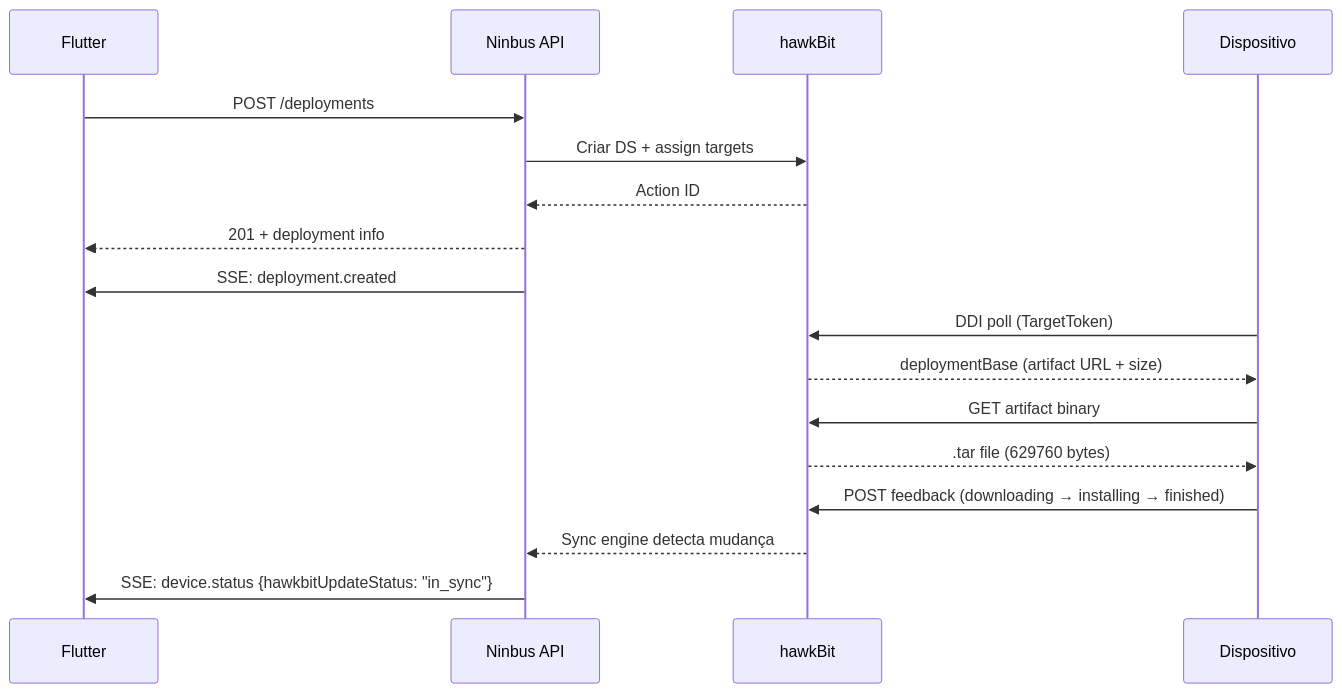
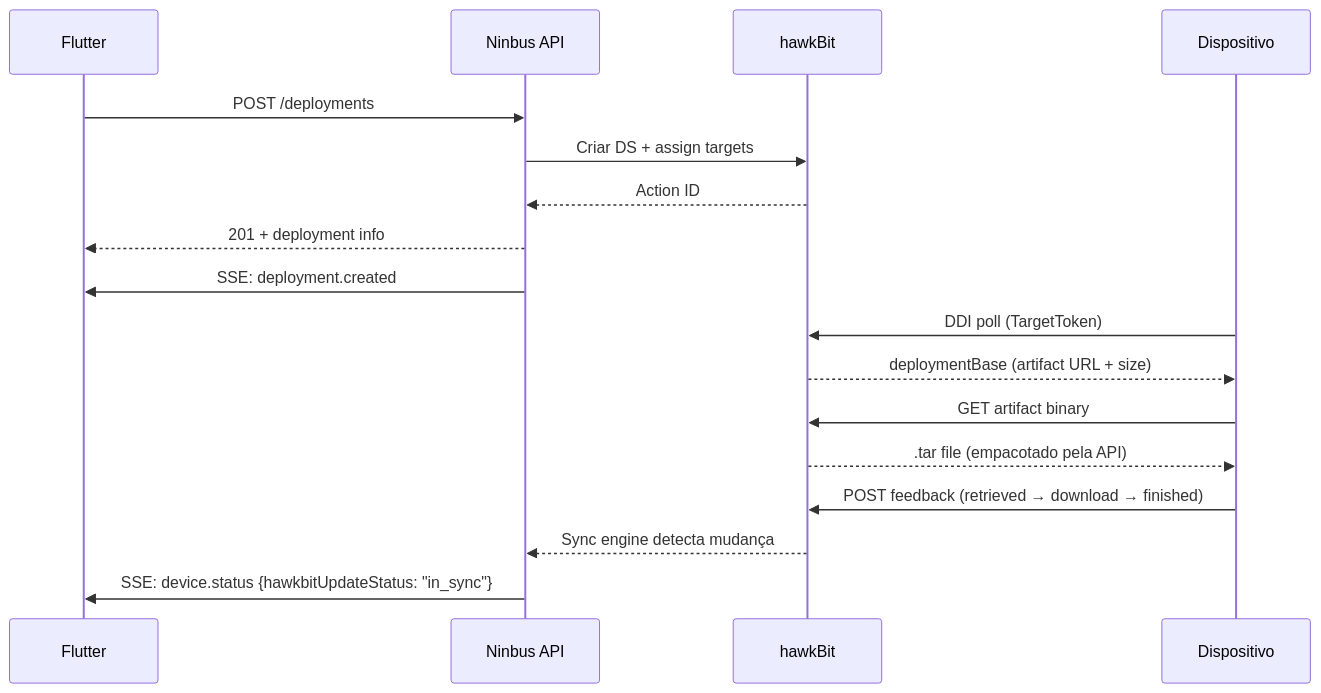
One commit to frt-tecnologia/Ninbus-api changed the third of 6 diagrams in README.md. Above: the diagram before and after it, drawn with Mermaid. The commit also changed other lines of this file and 6 other files, not shown here.

````diff
--- a/README.md
+++ b/README.md
@@ -217,23 +247,23 @@
 ```mermaid
 sequenceDiagram
     participant F as Flutter
     participant A as Ninbus API
     participant H as hawkBit
     participant D as Dispositivo
 
     F->>A: POST /deployments
     A->>H: Criar DS + assign targets
     H-->>A: Action ID
     A-->>F: 201 + deployment info
     A->>F: SSE: deployment.created
 
     D->>H: DDI poll (TargetToken)
     H-->>D: deploymentBase (artifact URL + size)
 
     D->>H: GET artifact binary
-    H-->>D: .tar file (629760 bytes)
+    H-->>D: .tar file (empacotado pela API)
 
-    D->>H: POST feedback (downloading → installing → finished)
+    D->>H: POST feedback (retrieved → download → finished)
     H-->>A: Sync engine detecta mudança
     A->>F: SSE: device.status {hawkbitUpdateStatus: "in_sync"}
 ```
````
